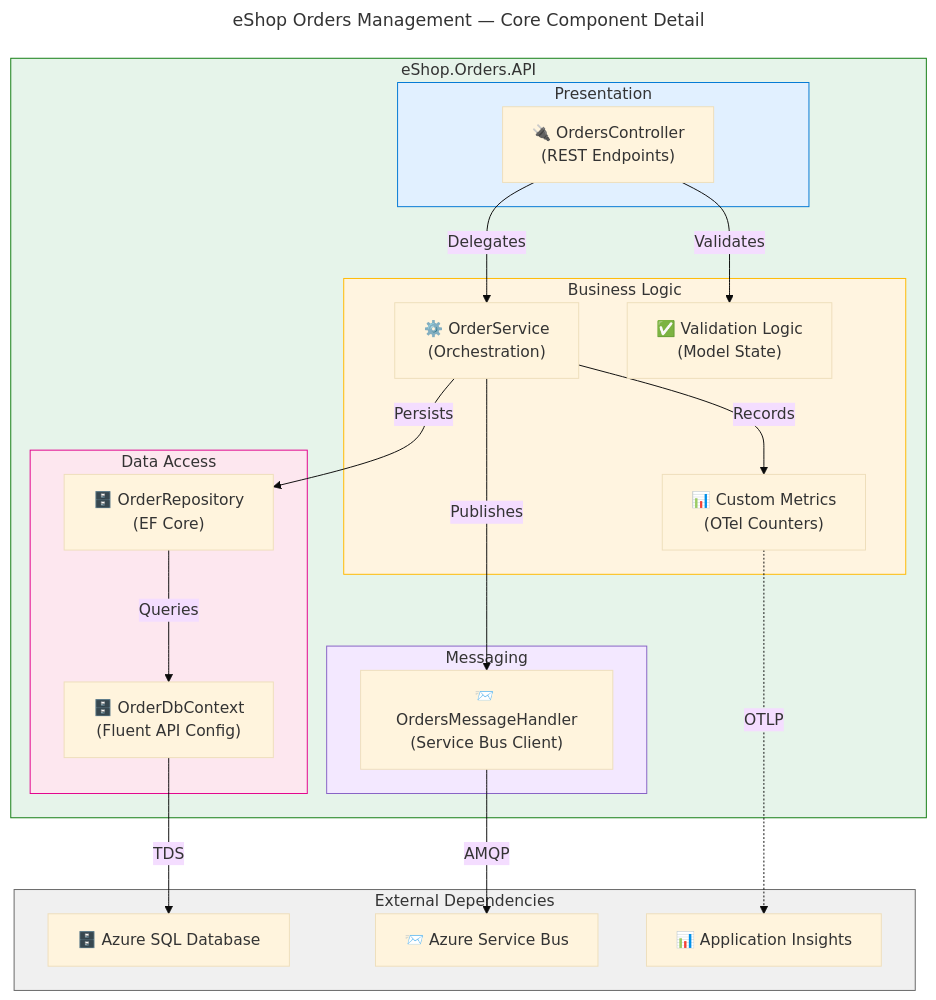
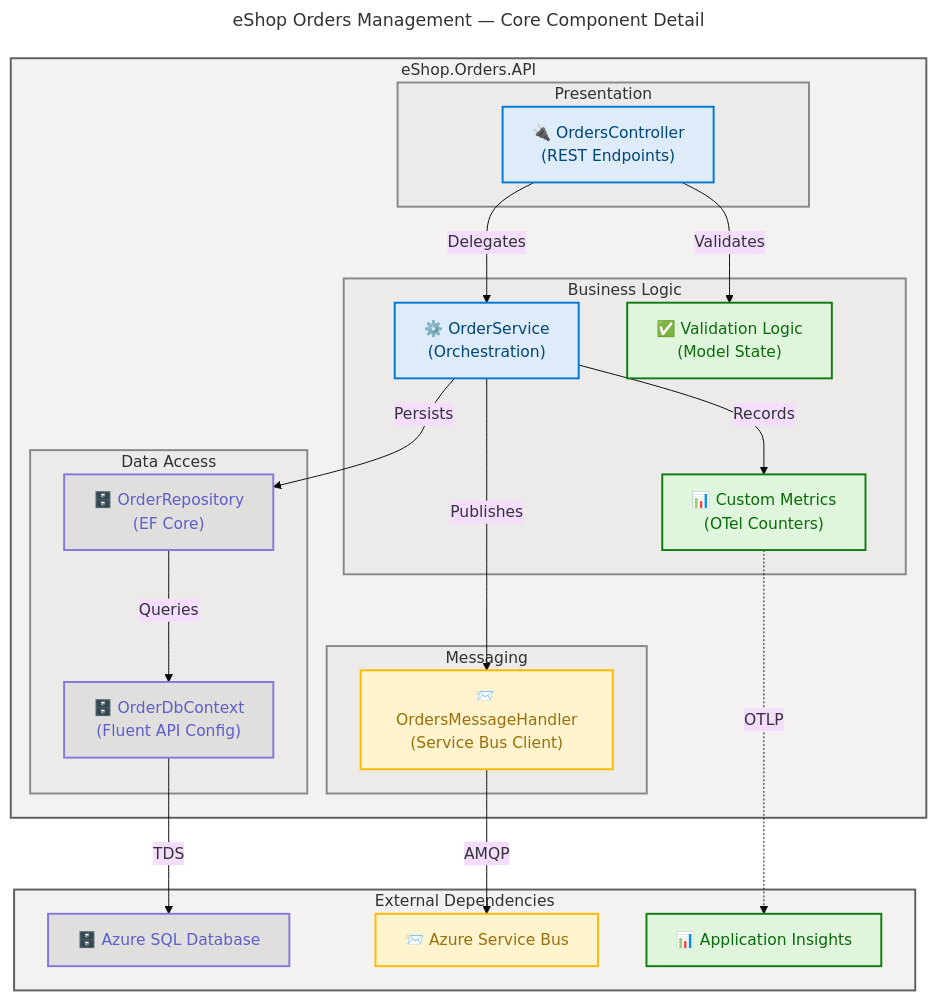
Before and after one commit to Evilazaro/Azure-LogicApps-Monitoring: the eighth of 14 diagrams in docs/architecture/application-architecture.md, drawn with Mermaid. The commit also changed other lines of this file, not shown here.

Commit message:
Enhance application architecture diagrams with improved styling and classification for better clarity and visual distinction of protocols and components

````diff
--- a/docs/architecture/application-architecture.md
+++ b/docs/architecture/application-architecture.md
@@ -775,69 +780,74 @@
 ```mermaid
 ---
 title: "eShop Orders Management — Core Component Detail"
 config:
   theme: base
   look: classic
   layout: dagre
   themeVariables:
     fontSize: "16px"
 ---
 flowchart TB
     accTitle: Core Component Internal Structure
     accDescr: Shows the internal structure of the Orders API with its controller, service, repository, and handler components
 
     %% ═══════════════════════════════════════════════════════════════════════════
     %% AZURE / FLUENT ARCHITECTURE PATTERN v1.1
     %% (Semantic + Structural + Font + Accessibility Governance)
     %% ═══════════════════════════════════════════════════════════════════════════
     %% PHASE 1 - STRUCTURAL: Direction explicit, flat topology, nesting ≤ 3
     %% PHASE 2 - SEMANTIC: Colors justified, max 5 semantic classes, neutral-first
     %% PHASE 3 - FONT: Dark text on light backgrounds, contrast ≥ 4.5:1
     %% PHASE 4 - ACCESSIBILITY: accTitle/accDescr present, icons on all nodes
     %% PHASE 5 - STANDARD: Governance block present, classDefs centralized
     %% ═══════════════════════════════════════════════════════════════════════════
 
     subgraph OrdersAPIBoundary["eShop.Orders.API"]
         subgraph PresentationLayer["Presentation"]
-            Controller["🔌 OrdersController\n(REST Endpoints)"]
+            Controller["🔌 OrdersController\n(REST Endpoints)"]:::core
         end
 
         subgraph BusinessLayer["Business Logic"]
-            Service["⚙️ OrderService\n(Orchestration)"]
-            Validator["✅ Validation Logic\n(Model State)"]
-            Metrics["📊 Custom Metrics\n(OTel Counters)"]
+            Service["⚙️ OrderService\n(Orchestration)"]:::core
+            Validator["✅ Validation Logic\n(Model State)"]:::success
+            Metrics["📊 Custom Metrics\n(OTel Counters)"]:::success
         end
 
         subgraph DataAccessLayer["Data Access"]
-            Repo["🗄️ OrderRepository\n(EF Core)"]
-            DbCtx["🗄️ OrderDbContext\n(Fluent API Config)"]
+            Repo["🗄️ OrderRepository\n(EF Core)"]:::data
+            DbCtx["🗄️ OrderDbContext\n(Fluent API Config)"]:::data
         end
 
         subgraph MessagingLayer["Messaging"]
-            MsgHandler["📨 OrdersMessageHandler\n(Service Bus Client)"]
+            MsgHandler["📨 OrdersMessageHandler\n(Service Bus Client)"]:::warning
         end
     end
 
     subgraph ExternalDeps["External Dependencies"]
-        SQL["🗄️ Azure SQL Database"]
-        SBus["📨 Azure Service Bus"]
-        OTel["📊 Application Insights"]
+        SQL["🗄️ Azure SQL Database"]:::data
+        SBus["📨 Azure Service Bus"]:::warning
+        OTel["📊 Application Insights"]:::success
     end
 
     Controller -->|"Delegates"| Service
     Controller -->|"Validates"| Validator
     Service -->|"Persists"| Repo
     Service -->|"Publishes"| MsgHandler
     Service -->|"Records"| Metrics
     Repo -->|"Queries"| DbCtx
     DbCtx -->|"TDS"| SQL
     MsgHandler -->|"AMQP"| SBus
     Metrics -.->|"OTLP"| OTel
 
-    style OrdersAPIBoundary fill:#e6f4ea,stroke:#107c10,color:#333
-    style PresentationLayer fill:#e1f0ff,stroke:#0078d4,color:#333
-    style BusinessLayer fill:#fff4e0,stroke:#ffb900,color:#333
-    style DataAccessLayer fill:#fde7ef,stroke:#e3008c,color:#333
-    style MessagingLayer fill:#f3e8ff,stroke:#8661c5,color:#333
-    style ExternalDeps fill:#f0f0f0,stroke:#666,color:#333
+    style OrdersAPIBoundary fill:#F3F2F1,stroke:#605E5C,stroke-width:2px,color:#323130
+    style PresentationLayer fill:#EDEBE9,stroke:#8A8886,stroke-width:2px,color:#323130
+    style BusinessLayer fill:#EDEBE9,stroke:#8A8886,stroke-width:2px,color:#323130
+    style DataAccessLayer fill:#EDEBE9,stroke:#8A8886,stroke-width:2px,color:#323130
+    style MessagingLayer fill:#EDEBE9,stroke:#8A8886,stroke-width:2px,color:#323130
+    style ExternalDeps fill:#F3F2F1,stroke:#605E5C,stroke-width:2px,color:#323130
+
+    classDef core fill:#DEECF9,stroke:#0078D4,stroke-width:2px,color:#004578
+    classDef data fill:#E1DFDD,stroke:#8378DE,stroke-width:2px,color:#5B5FC7
+    classDef warning fill:#FFF4CE,stroke:#FFB900,stroke-width:2px,color:#986F0B
+    classDef success fill:#DFF6DD,stroke:#107C10,stroke-width:2px,color:#0B6A0B
 ```
````
